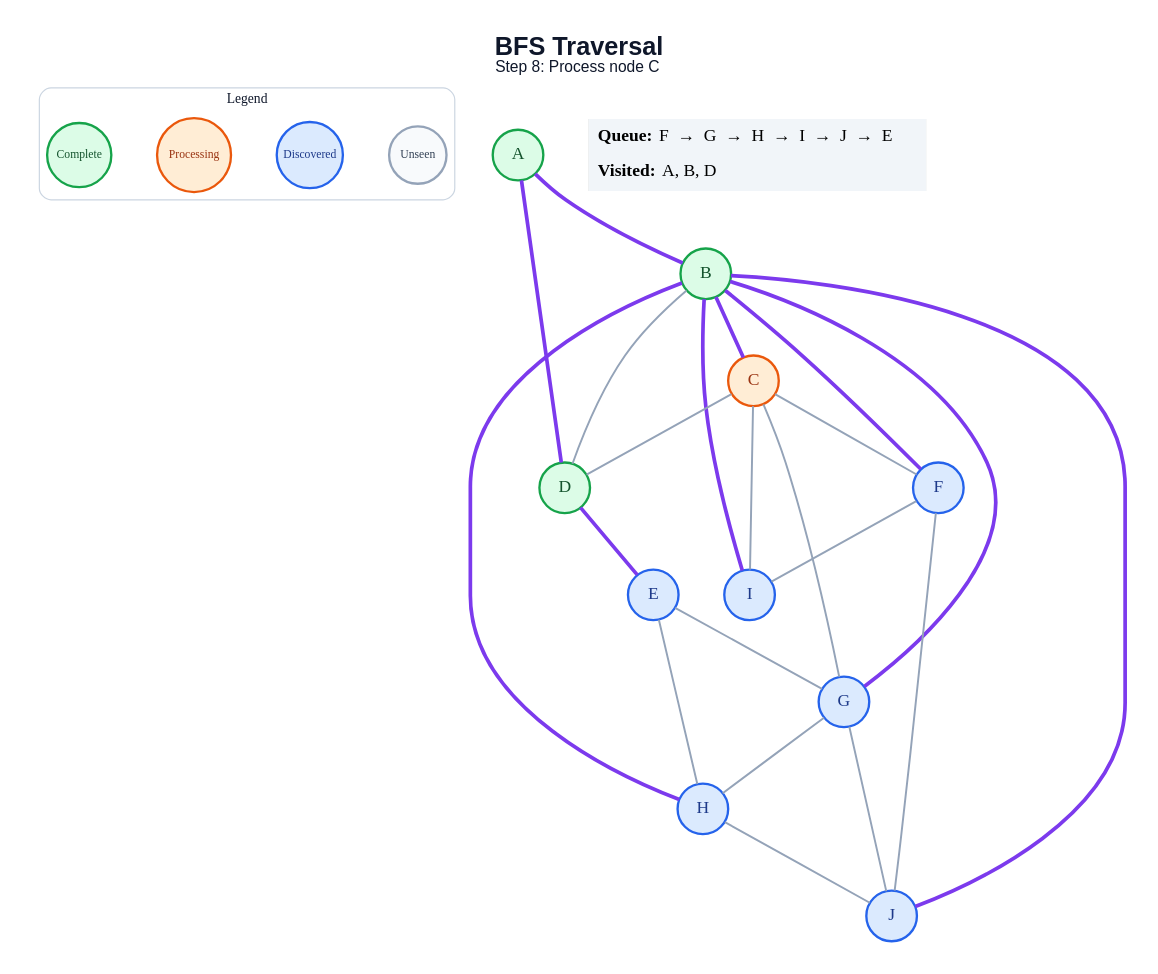
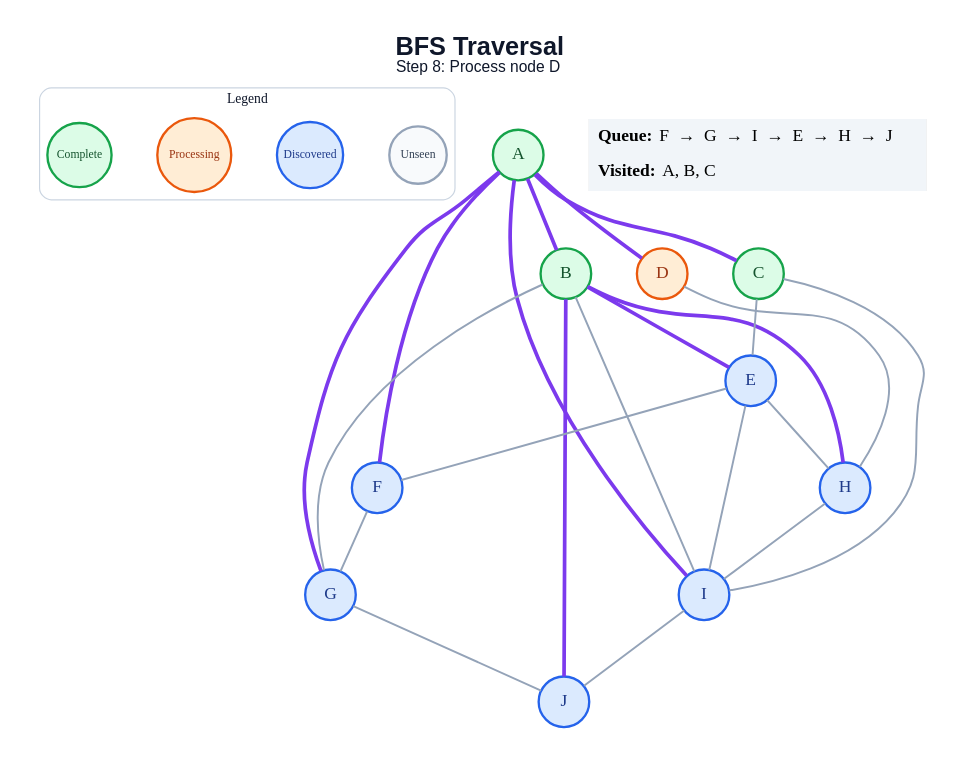
The diagram in generated/bfs/step_08.dot (amanghodawala9/ai-slop), drawn with Graphviz before and after one commit. The commit also changed 178 other files, not shown here.

```diff
--- a/generated/bfs/step_08.dot
+++ b/generated/bfs/step_08.dot
@@ -1,50 +1,50 @@
 graph traversal {
   graph [layout=dot, rankdir=TB, bgcolor="#FFFFFF", pad="0.35", nodesep="0.65", ranksep="0.8", fontname="Arial"];
   node [shape=circle, style="filled", fontname="Arial Bold", fontsize=18, width=0.72, fixedsize=true, penwidth=2.4];
   edge [color="#94A3B8", penwidth=2.0];
-  label=<<B>BFS Traversal</B><BR/><FONT POINT-SIZE="16">Step 8: Process node C</FONT>>; labelloc="t"; fontsize=26; fontname="Arial"; fontcolor="#0F172A";
+  label=<<B>BFS Traversal</B><BR/><FONT POINT-SIZE="16">Step 8: Process node D</FONT>>; labelloc="t"; fontsize=26; fontname="Arial"; fontcolor="#0F172A";
   subgraph cluster_legend { label="Legend"; color="#CBD5E1"; penwidth=1.2; style="rounded"; fontsize=14; fontname="Arial Bold";
     key_unseen [label="Unseen", fillcolor="#F8FAFC", color="#94A3B8", fontcolor="#334155", fontsize=12, width=0.82];
     key_frontier [label="Discovered", fillcolor="#DBEAFE", color="#2563EB", fontcolor="#1E3A8A", fontsize=12, width=0.95];
     key_current [label="Processing", fillcolor="#FFEDD5", color="#EA580C", fontcolor="#9A3412", fontsize=12, width=1.05];
     key_done [label="Complete", fillcolor="#DCFCE7", color="#16A34A", fontcolor="#14532D", fontsize=12, width=0.92];
     { rank=same; key_unseen; key_frontier; key_current; key_done; }
   }
   A [fillcolor="#DCFCE7", color="#16A34A", fontcolor="#14532D"];
   B [fillcolor="#DCFCE7", color="#16A34A", fontcolor="#14532D"];
-  C [fillcolor="#FFEDD5", color="#EA580C", fontcolor="#9A3412"];
-  D [fillcolor="#DCFCE7", color="#16A34A", fontcolor="#14532D"];
+  C [fillcolor="#DCFCE7", color="#16A34A", fontcolor="#14532D"];
+  D [fillcolor="#FFEDD5", color="#EA580C", fontcolor="#9A3412"];
   E [fillcolor="#DBEAFE", color="#2563EB", fontcolor="#1E3A8A"];
   F [fillcolor="#DBEAFE", color="#2563EB", fontcolor="#1E3A8A"];
   G [fillcolor="#DBEAFE", color="#2563EB", fontcolor="#1E3A8A"];
   H [fillcolor="#DBEAFE", color="#2563EB", fontcolor="#1E3A8A"];
   I [fillcolor="#DBEAFE", color="#2563EB", fontcolor="#1E3A8A"];
   J [fillcolor="#DBEAFE", color="#2563EB", fontcolor="#1E3A8A"];
   A -- B [color="#7C3AED", penwidth=3.8];
+  A -- C [color="#7C3AED", penwidth=3.8];
   A -- D [color="#7C3AED", penwidth=3.8];
-  B -- C [color="#7C3AED", penwidth=3.8];
-  B -- D;
-  B -- F [color="#7C3AED", penwidth=3.8];
-  B -- G [color="#7C3AED", penwidth=3.8];
+  A -- F [color="#7C3AED", penwidth=3.8];
+  A -- G [color="#7C3AED", penwidth=3.8];
+  A -- I [color="#7C3AED", penwidth=3.8];
+  B -- E [color="#7C3AED", penwidth=3.8];
+  B -- G;
   B -- H [color="#7C3AED", penwidth=3.8];
-  B -- I [color="#7C3AED", penwidth=3.8];
+  B -- I;
   B -- J [color="#7C3AED", penwidth=3.8];
-  C -- D;
-  C -- F;
-  C -- G;
+  C -- E;
   C -- I;
-  D -- E [color="#7C3AED", penwidth=3.8];
-  E -- G;
+  D -- H;
+  E -- F;
   E -- H;
-  F -- I;
-  F -- J;
-  G -- H;
+  E -- I;
+  F -- G;
   G -- J;
-  H -- J;
+  H -- I;
+  I -- J;
   status [shape=plain, fixedsize=false, width=0, height=0, margin=0, label=<
     <TABLE BORDER="0" CELLBORDER="0" CELLPADDING="7" BGCOLOR="#F1F5F9">
-      <TR><TD ALIGN="LEFT"><B>Queue:</B> F  →  G  →  H  →  I  →  J  →  E</TD></TR>
-      <TR><TD ALIGN="LEFT"><B>Visited:</B> A, B, D</TD></TR>
+      <TR><TD ALIGN="LEFT"><B>Queue:</B> F  →  G  →  I  →  E  →  H  →  J</TD></TR>
+      <TR><TD ALIGN="LEFT"><B>Visited:</B> A, B, C</TD></TR>
     </TABLE>
   >];
 }
```
